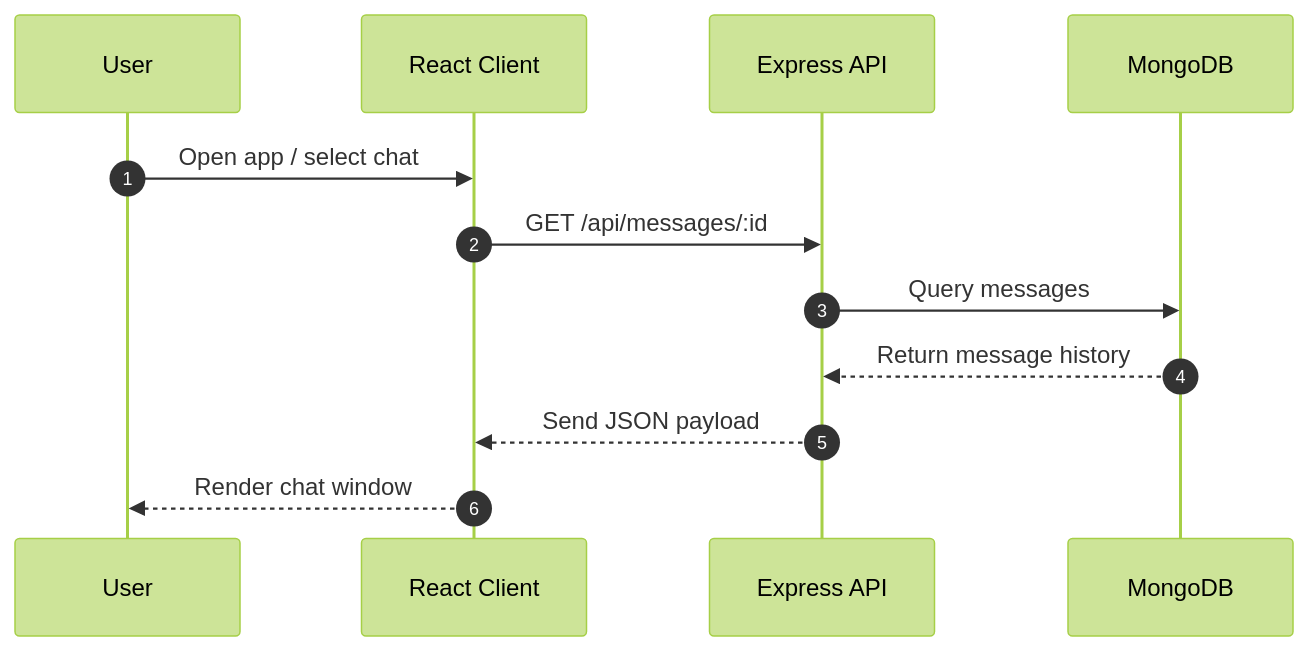
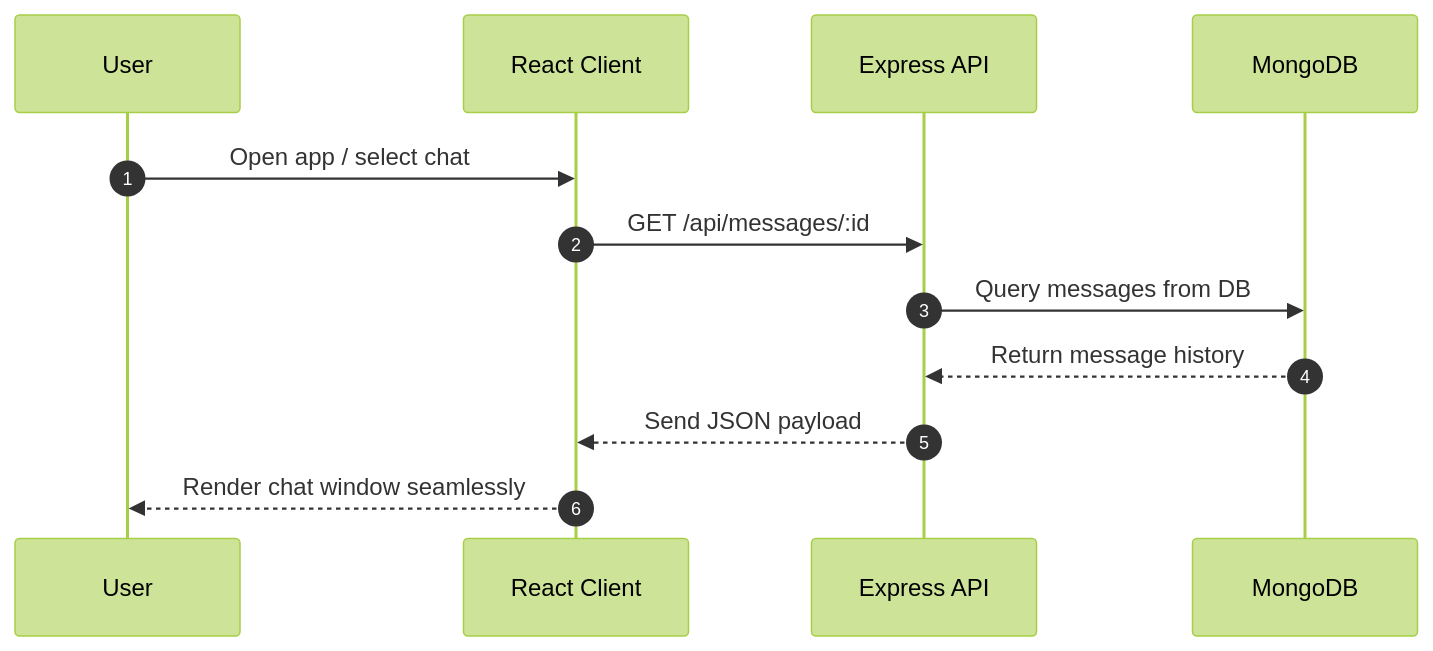
One commit to HxWildE/ChatApp changed the second of 2 diagrams in docs/architecture/system-design.md. Above: the diagram before and after it, drawn with Mermaid (forest theme). The commit also changed other lines of this file and 5 other files, not shown here.

````diff
--- a/docs/architecture/system-design.md
+++ b/docs/architecture/system-design.md
@@ -66,15 +73,15 @@
 ```mermaid
 sequenceDiagram
     autonumber
     participant U as User
     participant C as React Client
     participant A as Express API
     participant D as MongoDB
 
     U->>C: Open app / select chat
     C->>A: GET /api/messages/:id
-    A->>D: Query messages
+    A->>D: Query messages from DB
     D-->>A: Return message history
     A-->>C: Send JSON payload
-    C-->>U: Render chat window
+    C-->>U: Render chat window seamlessly
 ```
````
